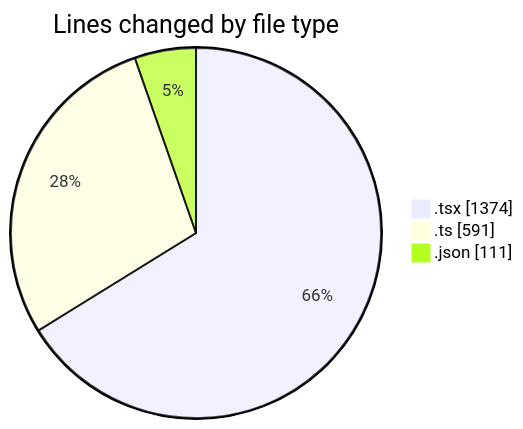
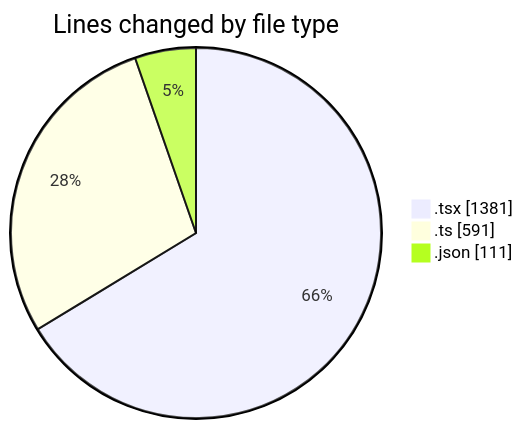
One commit to julien-gomy/code-tracking changed the first of 2 diagrams in 2025-11-08/eventscop-frontend-guide__workspace_/README.md. Above: the diagram before and after it, drawn with Mermaid. The commit also changed other lines of this file and 1 other file, not shown here.

````diff
--- a/2025-11-08/eventscop-frontend-guide__workspace_/README.md
+++ b/2025-11-08/eventscop-frontend-guide__workspace_/README.md
@@ -34,7 +34,7 @@
 ```mermaid
 pie showData
 title Lines changed by file type
-".tsx" : 1374
+".tsx" : 1381
 ".ts" : 591
 ".json" : 111
 ```
````
